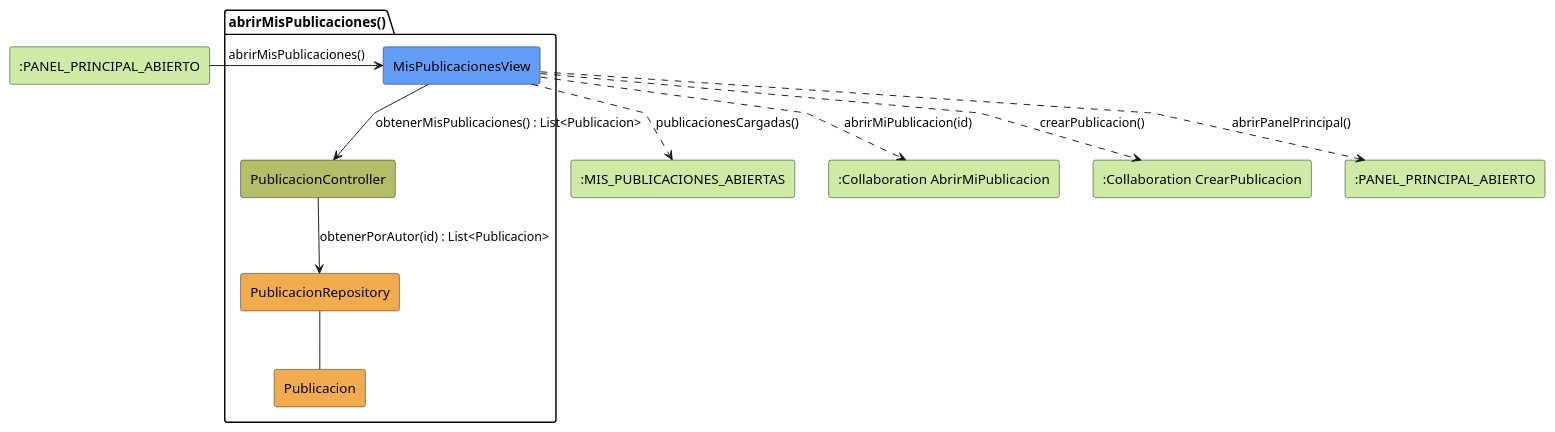
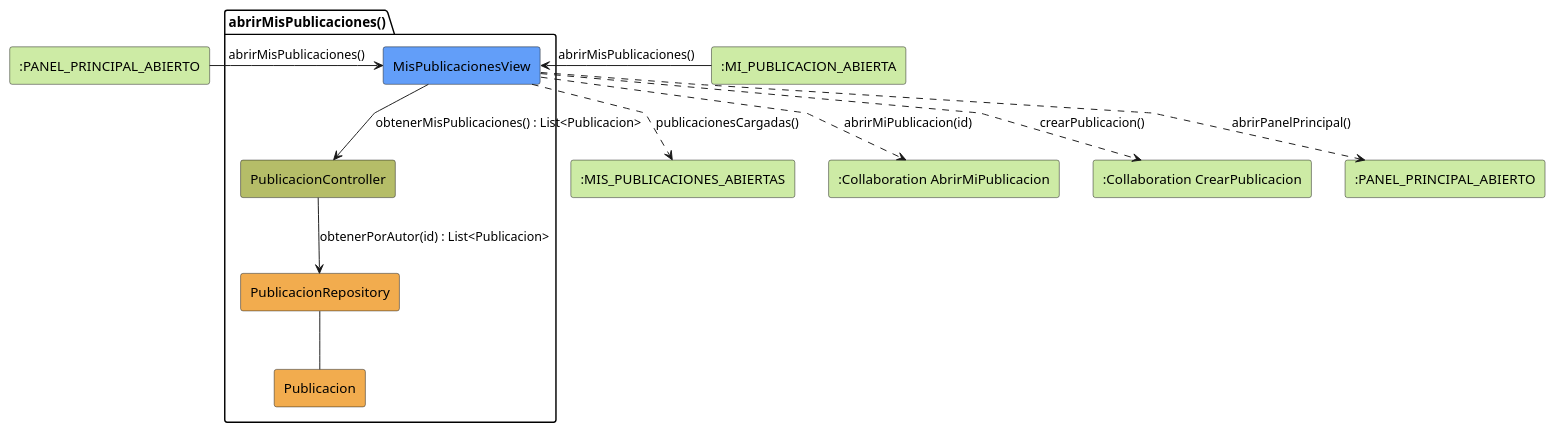
One commit to 31Diego/25-26-idsw2-sdVC changed the diagram in modelosUML/analisis/coordinador/abrirMisPublicaciones.puml. Above: the diagram before and after it, drawn with PlantUML. The commit also changed 12 other files, not shown here.

Commit message:
fix: entradas secundarias faltantes en diagramas de coordinador

```diff
--- a/modelosUML/analisis/coordinador/abrirMisPublicaciones.puml
+++ b/modelosUML/analisis/coordinador/abrirMisPublicaciones.puml
@@ -1,31 +1,33 @@
 @startuml abrirMisPublicaciones-analisis
 skinparam linetype polyline
 
 rectangle #CDEBA5 ":PANEL_PRINCIPAL_ABIERTO" as PanelPrincipal
+rectangle #CDEBA5 ":MI_PUBLICACION_ABIERTA" as MiPublicacionEntrada
 
 package abrirMisPublicaciones as "abrirMisPublicaciones()" {
     rectangle #629EF9 MisPublicacionesView
     rectangle #b5bd68 PublicacionController
     rectangle #F2AC4E PublicacionRepository
     rectangle #F2AC4E Publicacion
 }
 
 rectangle #CDEBA5 ":MIS_PUBLICACIONES_ABIERTAS" as MisPublicacionesAbiertas
 rectangle #CDEBA5 ":Collaboration AbrirMiPublicacion" as ColPublicacion
 rectangle #CDEBA5 ":Collaboration CrearPublicacion" as ColCrear
 rectangle #CDEBA5 ":PANEL_PRINCIPAL_ABIERTO" as PanelSalida
 
 PanelPrincipal -r-> MisPublicacionesView: abrirMisPublicaciones()
+MiPublicacionEntrada -r-> MisPublicacionesView: abrirMisPublicaciones()
 
 MisPublicacionesView -d-> PublicacionController: obtenerMisPublicaciones() : List<Publicacion>
 
 PublicacionController --> PublicacionRepository: obtenerPorAutor(id) : List<Publicacion>
 
 PublicacionRepository -- Publicacion
 
 MisPublicacionesView ..> MisPublicacionesAbiertas: publicacionesCargadas()
 MisPublicacionesView ..> ColPublicacion: abrirMiPublicacion(id)
 MisPublicacionesView ..> ColCrear: crearPublicacion()
 MisPublicacionesView ..> PanelSalida: abrirPanelPrincipal()
 
 @enduml
```
